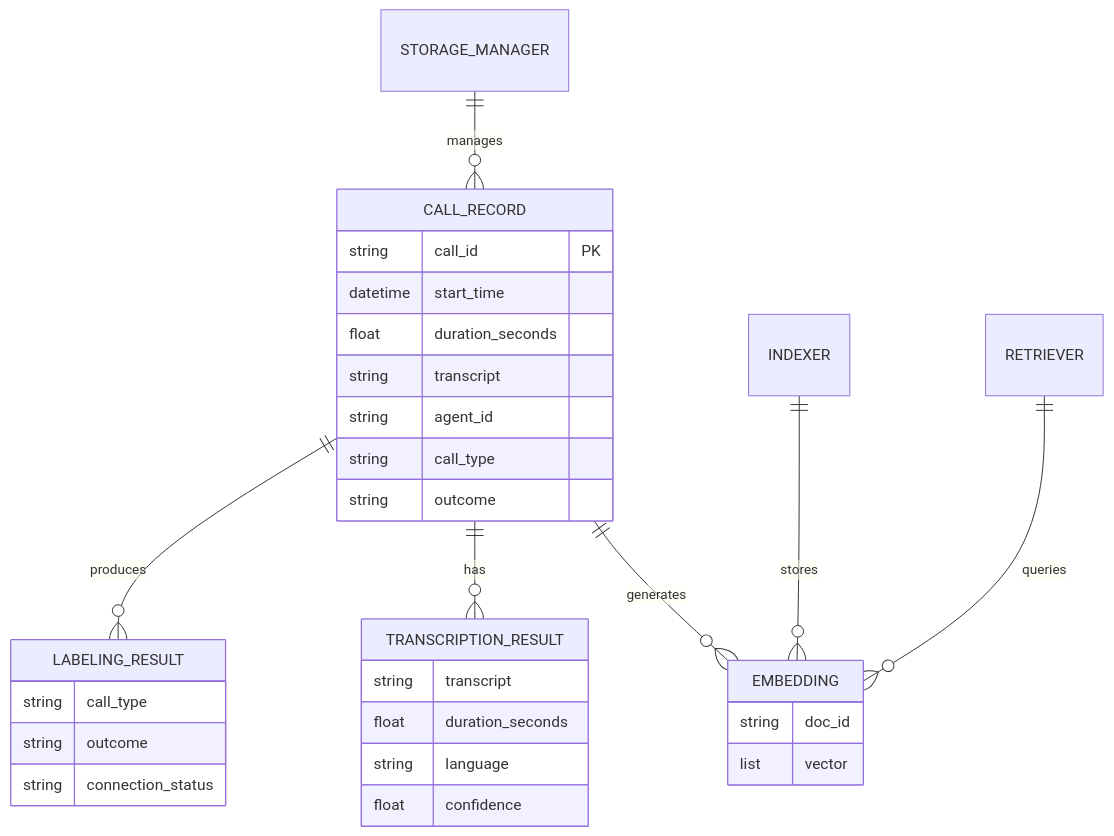
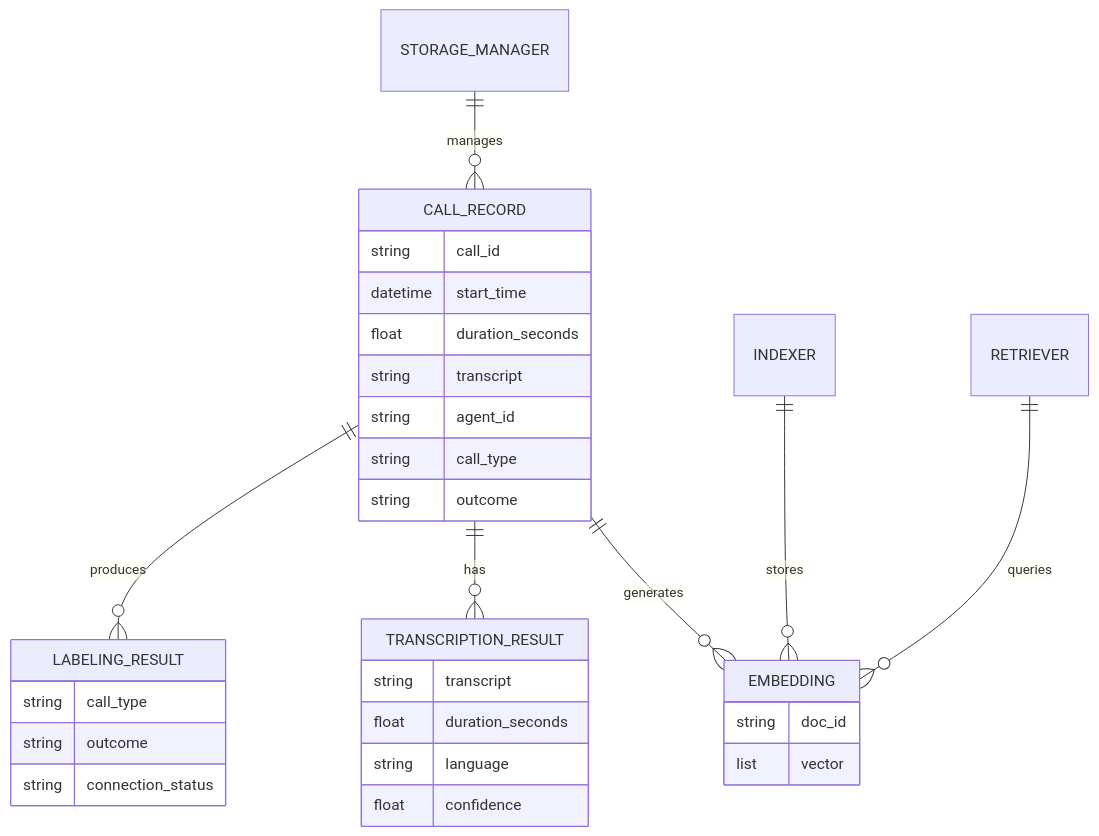
Before and after one commit to mujtaba-a-khan/call-analytics-system: the third of 3 diagrams in docs/ddd.md, drawn with Mermaid. The commit also changed other lines of this file and 19 other files, not shown here.

````diff
--- a/docs/ddd.md
+++ b/docs/ddd.md
@@ -238,38 +211,38 @@
 ```{mermaid}
 erDiagram
     CALL_RECORD ||--o{ TRANSCRIPTION_RESULT : has
     CALL_RECORD ||--o{ EMBEDDING : generates
     CALL_RECORD ||--o{ LABELING_RESULT : produces
     
     CALL_RECORD {
-        string call_id PK
+        string call_id 
         datetime start_time
         float duration_seconds
         string transcript
         string agent_id
         string call_type
         string outcome
     }
     
     TRANSCRIPTION_RESULT {
         string transcript
         float duration_seconds
         string language
         float confidence
     }
     
     LABELING_RESULT {
         string call_type
         string outcome
         string connection_status
     }
     
     EMBEDDING {
         string doc_id
         list vector
     }
     
     STORAGE_MANAGER ||--o{ CALL_RECORD : manages
     INDEXER ||--o{ EMBEDDING : stores
     RETRIEVER ||--o{ EMBEDDING : queries
 ```
````
